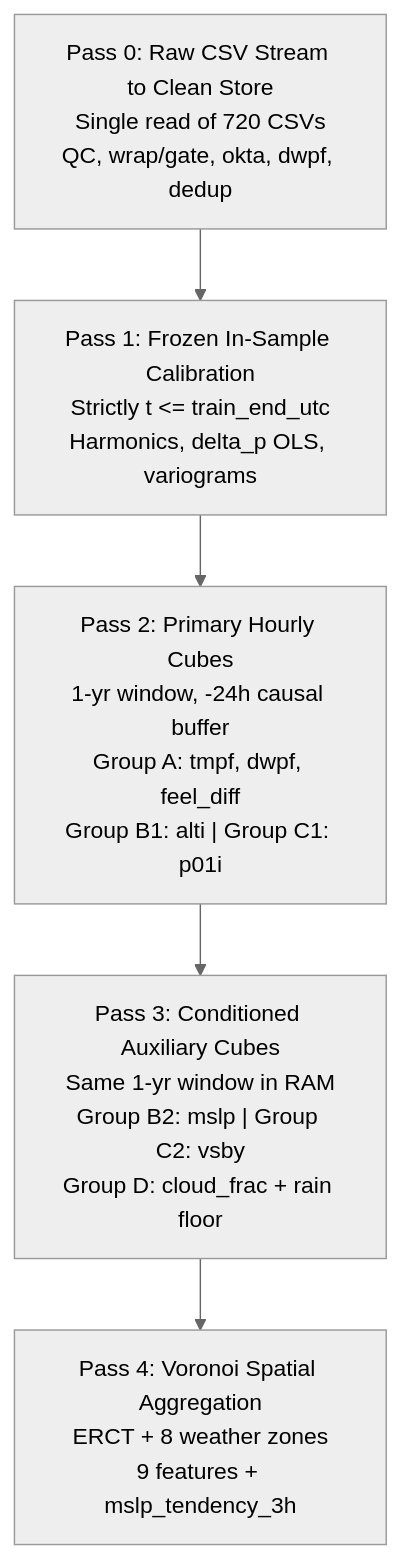
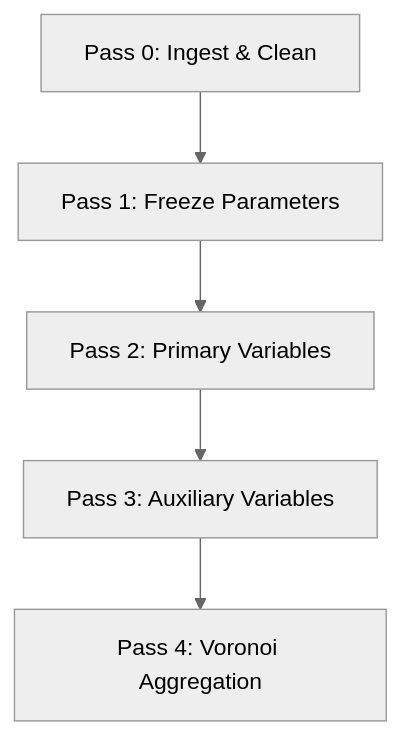
Before and after one commit to CamiloEmiliano/ercot-voronoi-load: the diagram in docs/decisions/ADR-00008-weather-imputation-dag-and-anti-leakage-.md, drawn with Mermaid (neutral theme). The commit also changed other lines of this file, not shown here.

Commit message:
Simplify Mermaid node labels to single-line text and detail passes below

````diff
--- a/docs/decisions/ADR-00008-weather-imputation-dag-and-anti-leakage-.md
+++ b/docs/decisions/ADR-00008-weather-imputation-dag-and-anti-leakage-.md
@@ -37,10 +37,10 @@
 ```mermaid
 flowchart TD
-    P0["Pass 0: Raw CSV Stream to Clean Store<br/>Single read of 720 CSVs<br/>QC, wrap/gate, okta, dwpf, dedup"]
-    P1["Pass 1: Frozen In-Sample Calibration<br/>Strictly t <= train_end_utc<br/>Harmonics, delta_p OLS, variograms"]
-    P2["Pass 2: Primary Hourly Cubes<br/>1-yr window, -24h causal buffer<br/>Group A: tmpf, dwpf, feel_diff<br/>Group B1: alti | Group C1: p01i"]
-    P3["Pass 3: Conditioned Auxiliary Cubes<br/>Same 1-yr window in RAM<br/>Group B2: mslp | Group C2: vsby<br/>Group D: cloud_frac + rain floor"]
-    P4["Pass 4: Voronoi Spatial Aggregation<br/>ERCT + 8 weather zones<br/>9 features + mslp_tendency_3h"]
+    P0["Pass 0: Ingest & Clean"]
+    P1["Pass 1: Freeze Parameters"]
+    P2["Pass 2: Primary Variables"]
+    P3["Pass 3: Auxiliary Variables"]
+    P4["Pass 4: Voronoi Aggregation"]
 
     P0 --> P1 --> P2 --> P3 --> P4
 ```
````
